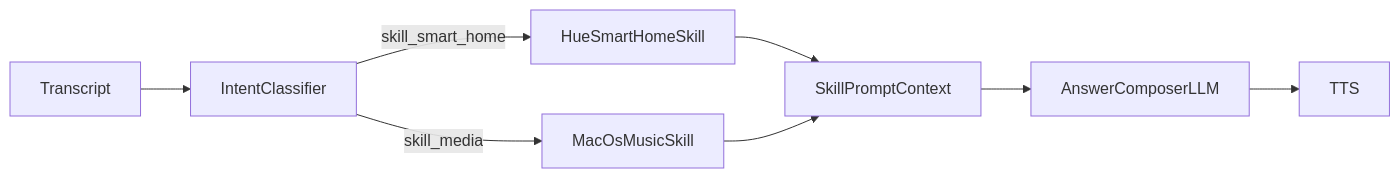
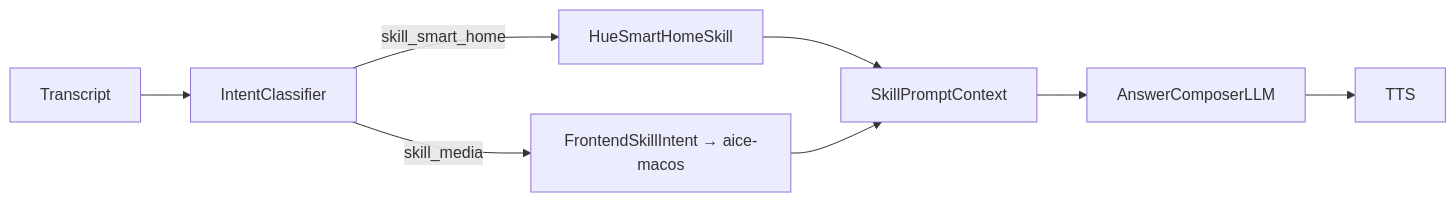
One commit to AncientiCe/aice changed the ninth of 16 diagrams in docs/architecture/README.md. Above: the diagram before and after it, drawn with Mermaid. The commit also changed other lines of this file and 23 other files, not shown here.

````diff
--- a/docs/architecture/README.md
+++ b/docs/architecture/README.md
@@ -312,10 +300,10 @@
 ```mermaid
 flowchart LR
     Transcript[Transcript] --> Intent[IntentClassifier]
     Intent -->|skill_smart_home| Hue[HueSmartHomeSkill]
-    Intent -->|skill_media| Music[MacOsMusicSkill]
+    Intent -->|skill_media| Dispatch["FrontendSkillIntent → aice-macos"]
     Hue --> Prompt[SkillPromptContext]
-    Music --> Prompt
+    Dispatch --> Prompt
     Prompt --> LLM[AnswerComposerLLM]
     LLM --> TTS[TTS]
 ```
````
